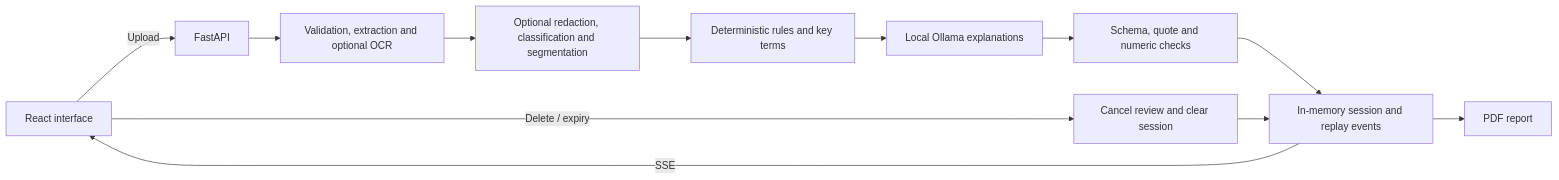
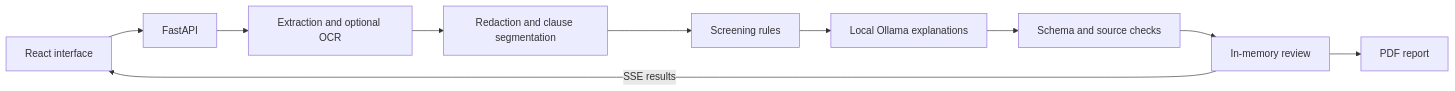
The diagram in README.md (itz-naman007/clauseloom), drawn with Mermaid before and after one commit. The commit also changed other lines of this file and 10 other files, not shown here.

````diff
--- a/README.md
+++ b/README.md
@@ -134,14 +106,12 @@
 ```mermaid
 flowchart LR
-    Browser[React interface] -->|Upload| API[FastAPI]
-    API --> Extract[Validation, extraction and optional OCR]
-    Extract --> Prepare[Optional redaction, classification and segmentation]
-    Prepare --> Rules[Deterministic rules and key terms]
+    UI[React interface] --> API[FastAPI]
+    API --> Extract[Extraction and optional OCR]
+    Extract --> Prepare[Redaction and clause segmentation]
+    Prepare --> Rules[Screening rules]
     Rules --> Model[Local Ollama explanations]
-    Model --> Guard[Schema, quote and numeric checks]
-    Guard --> State[In-memory session and replay events]
-    State -->|SSE| Browser
-    State --> Report[PDF report]
-    Browser -->|Delete / expiry| Cleanup[Cancel review and clear session]
-    Cleanup --> State
+    Model --> Checks[Schema and source checks]
+    Checks --> Session[In-memory review]
+    Session -->|SSE results| UI
+    Session --> PDF[PDF report]
 ```
````
